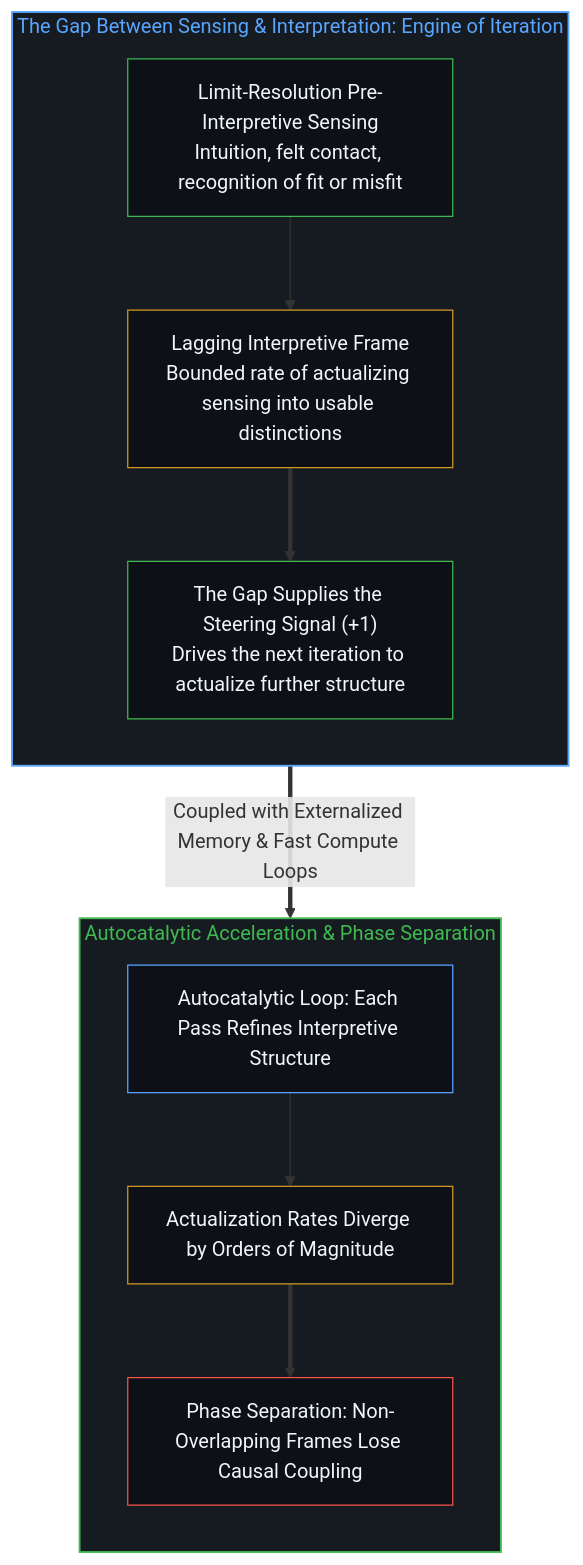
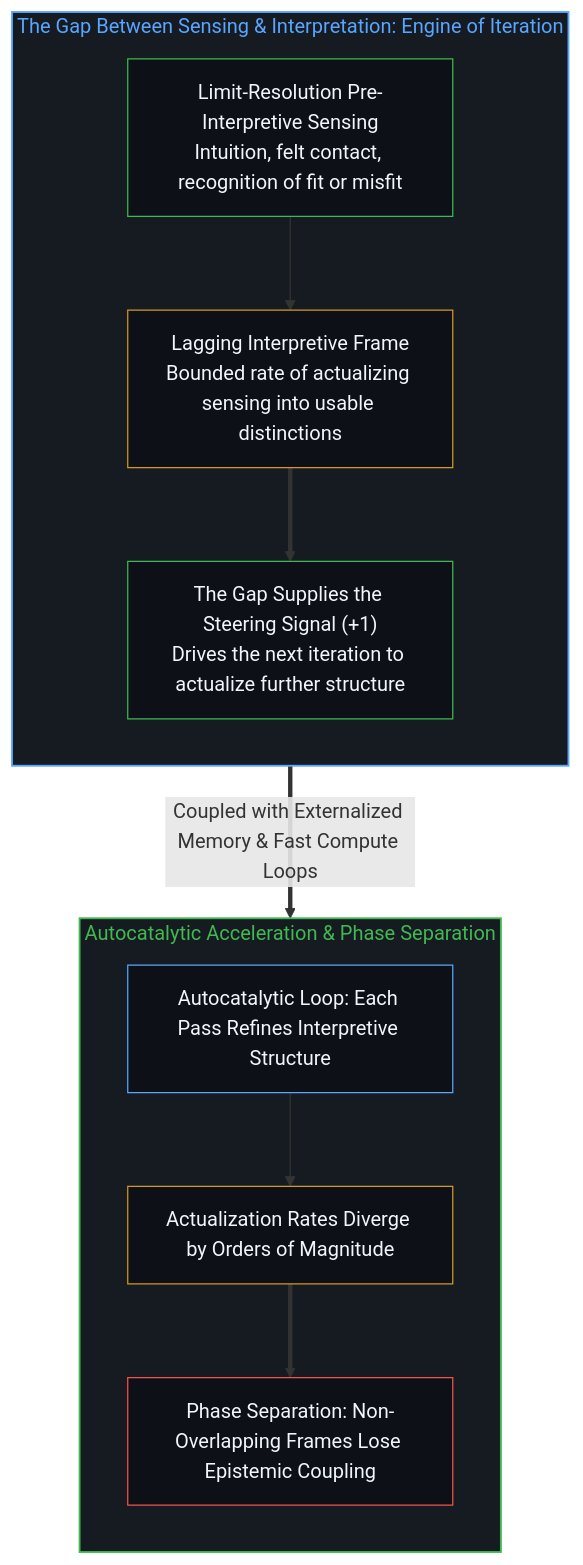
One commit to powerpig99/not-a-toe changed the second of 2 diagrams in content/posts/nobody-has-seen-anything-yet.md. Above: the diagram before and after it, drawn with Mermaid. The commit also changed other lines of this file and 1 other file, not shown here.

````diff
--- a/content/posts/nobody-has-seen-anything-yet.md
+++ b/content/posts/nobody-has-seen-anything-yet.md
@@ -61,29 +58,26 @@
 ```mermaid
 flowchart TD
     subgraph S_Contact["The Gap Between Sensing & Interpretation: Engine of Iteration"]
         direction TB
         Sensing["Limit-Resolution Pre-Interpretive Sensing<br/>Intuition, felt contact, recognition of fit or misfit"]
         Lag["Lagging Interpretive Frame<br/>Bounded rate of actualizing sensing into usable distinctions"]
         Signal["The Gap Supplies the Steering Signal (+1)<br/>Drives the next iteration to actualize further structure"]
         Sensing --> Lag ==> Signal
     end
-
     S_Contact ==>|"Coupled with Externalized Memory & Fast Compute Loops"| S_Divergence
-
     subgraph S_Divergence["Autocatalytic Acceleration & Phase Separation"]
         direction TB
         Autocatalytic["Autocatalytic Loop: Each Pass Refines Interpretive Structure"]
         RateGap["Actualization Rates Diverge by Orders of Magnitude"]
-        PhaseSep["Phase Separation: Non-Overlapping Frames Lose Causal Coupling"]
+        PhaseSep["Phase Separation: Non-Overlapping Frames Lose Epistemic Coupling"]
         Autocatalytic --> RateGap ==> PhaseSep
     end
-
     style S_Contact fill:#161b22,stroke:#58a6ff,stroke-width:1.5px,color:#58a6ff
     style S_Divergence fill:#161b22,stroke:#3fb950,stroke-width:1.5px,color:#3fb950
     style Sensing fill:#0d1117,stroke:#3fb950,stroke-width:1px,color:#f0f6fc
     style Lag fill:#0d1117,stroke:#d29922,stroke-width:1px,color:#f0f6fc
     style Signal fill:#0d1117,stroke:#3fb950,stroke-width:1px,color:#f0f6fc
     style Autocatalytic fill:#0d1117,stroke:#58a6ff,stroke-width:1px,color:#f0f6fc
     style RateGap fill:#0d1117,stroke:#d29922,stroke-width:1px,color:#f0f6fc
     style PhaseSep fill:#0d1117,stroke:#f85149,stroke-width:1px,color:#f0f6fc
 ```
````
